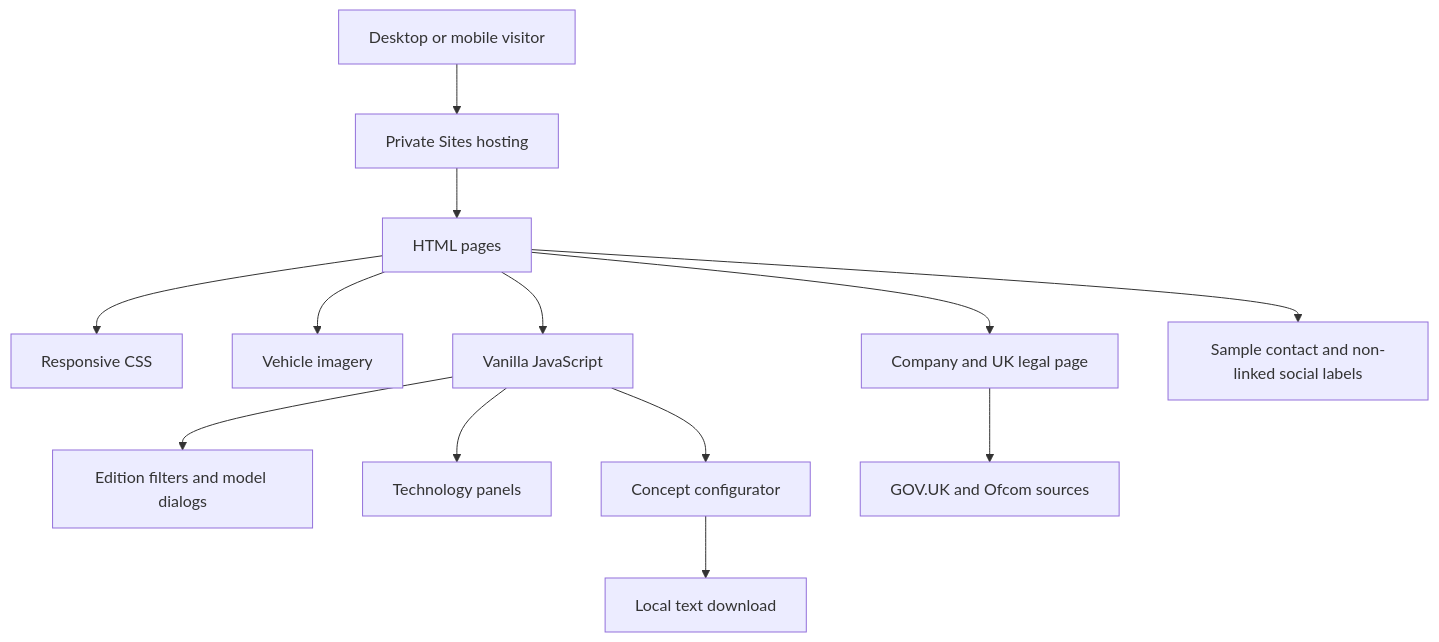
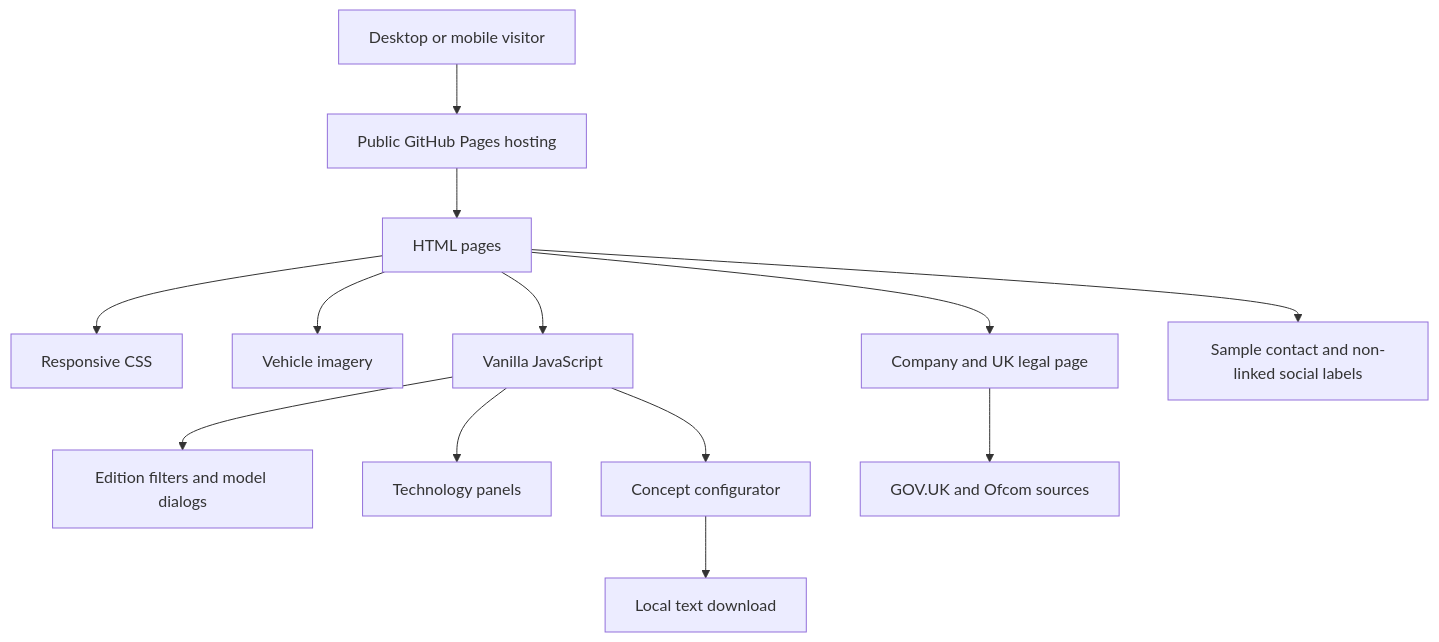
One commit to Rajakokila-P/britannia-aether-showroom changed the first of 4 diagrams in docs/architecture.md. Above: the diagram before and after it, drawn with Mermaid. The commit also changed other lines of this file and 3 other files, not shown here.

Commit message:
Publish showroom through GitHub Pages

````diff
--- a/docs/architecture.md
+++ b/docs/architecture.md
@@ -5,15 +5,15 @@
 ```mermaid
 flowchart TD
-  Visitor[Desktop or mobile visitor] --> Hosting[Private Sites hosting]
+  Visitor[Desktop or mobile visitor] --> Hosting[Public GitHub Pages hosting]
   Hosting --> HTML[HTML pages]
   HTML --> CSS[Responsive CSS]
   HTML --> Images[Vehicle imagery]
   HTML --> JS[Vanilla JavaScript]
   JS --> Filters[Edition filters and model dialogs]
   JS --> Panels[Technology panels]
   JS --> Config[Concept configurator]
   Config --> Download[Local text download]
   HTML --> Legal[Company and UK legal page]
   Legal --> Sources[GOV.UK and Ofcom sources]
   HTML --> Contact[Sample contact and non-linked social labels]
 ```
````
